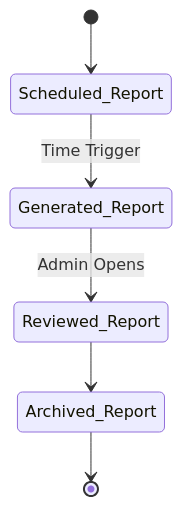
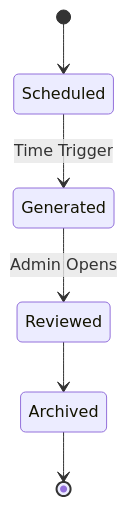
Before and after one commit to glory-kasongo-03/Doctor_appointment_booking_system: the seventh of 8 diagrams in State Transition Diagrams.md, drawn with Mermaid. The commit also changed other lines of this file, not shown here.

Commit message:
Update State Transition Diagrams.md

````diff
--- a/State Transition Diagrams.md
+++ b/State Transition Diagrams.md
@@ -79,9 +73,8 @@
 ```mermaid
 stateDiagram-v2
-    %% Initial state
-    [*] --> Scheduled_Report
-    Scheduled_Report --> Generated_Report : Time Trigger
-    Generated_Report --> Reviewed_Report : Admin Opens
-    Reviewed_Report --> Archived_Report
-    Archived_Report --> [*]
+    [*] --> Scheduled
+    Scheduled --> Generated : Time Trigger
+    Generated --> Reviewed : Admin Opens
+    Reviewed --> Archived
+    Archived --> [*]
 ```
````
